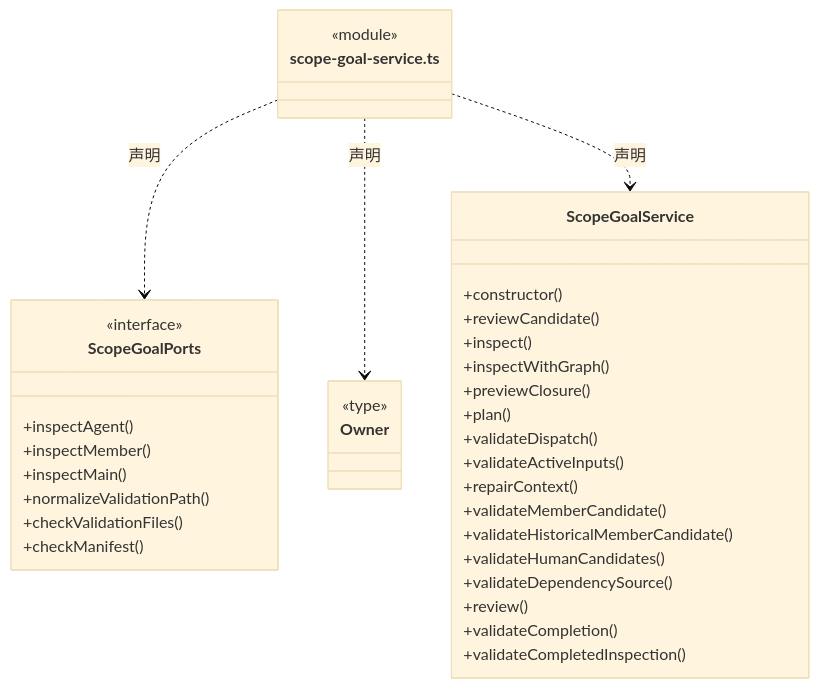
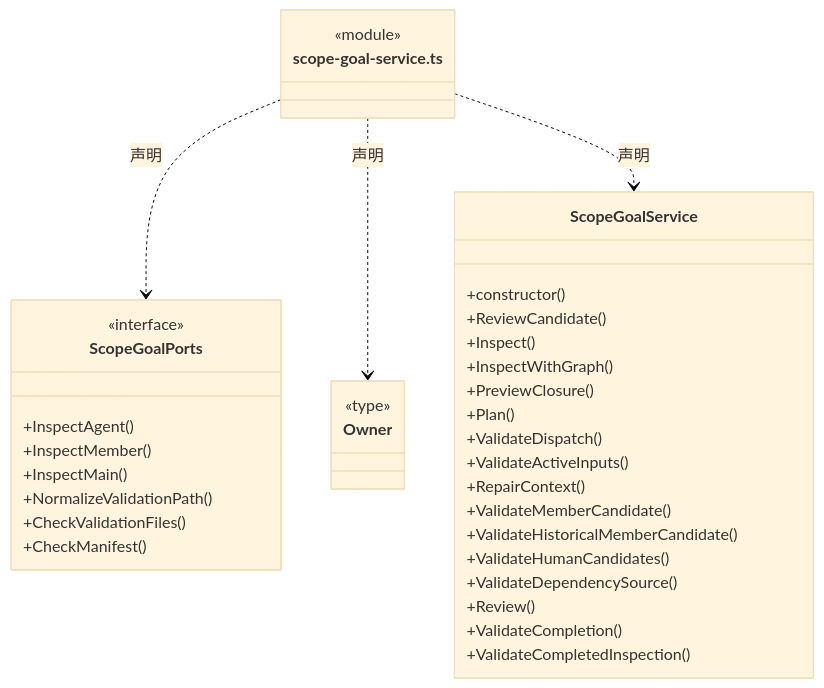
One commit to nan023062/cbim changed diagram 11 of 25 in src/logic/tasks/runtime/ARCHITECTURE.md. Above: the diagram before and after it, drawn with Mermaid (base theme). The commit also changed other lines of this file and 1035 other files, not shown here.

````diff
--- a/src/logic/tasks/runtime/ARCHITECTURE.md
+++ b/src/logic/tasks/runtime/ARCHITECTURE.md
@@ -261,40 +261,40 @@
 ```mermaid
 classDiagram
 class N_src_logic_tasks_runtime_scope_goal_service_ts["scope-goal-service.ts"] {
   <<module>>
 }
 class N_src_logic_tasks_runtime_scope_goal_service_ts_ScopeGoalPorts["ScopeGoalPorts"] {
   <<interface>>
-  +inspectAgent()
-  +inspectMember()
-  +inspectMain()
-  +normalizeValidationPath()
-  +checkValidationFiles()
-  +checkManifest()
+  +InspectAgent()
+  +InspectMember()
+  +InspectMain()
+  +NormalizeValidationPath()
+  +CheckValidationFiles()
+  +CheckManifest()
 }
 N_src_logic_tasks_runtime_scope_goal_service_ts ..> N_src_logic_tasks_runtime_scope_goal_service_ts_ScopeGoalPorts : 声明
 class N_src_logic_tasks_runtime_scope_goal_service_ts_Owner["Owner"] {
   <<type>>
 
 }
 N_src_logic_tasks_runtime_scope_goal_service_ts ..> N_src_logic_tasks_runtime_scope_goal_service_ts_Owner : 声明
 class N_src_logic_tasks_runtime_scope_goal_service_ts_ScopeGoalService["ScopeGoalService"] {
   +constructor()
-  +reviewCandidate()
-  +inspect()
-  +inspectWithGraph()
-  +previewClosure()
-  +plan()
-  +validateDispatch()
-  +validateActiveInputs()
-  +repairContext()
-  +validateMemberCandidate()
-  +validateHistoricalMemberCandidate()
-  +validateHumanCandidates()
-  +validateDependencySource()
-  +review()
-  +validateCompletion()
-  +validateCompletedInspection()
+  +ReviewCandidate()
+  +Inspect()
+  +InspectWithGraph()
+  +PreviewClosure()
+  +Plan()
+  +ValidateDispatch()
+  +ValidateActiveInputs()
+  +RepairContext()
+  +ValidateMemberCandidate()
+  +ValidateHistoricalMemberCandidate()
+  +ValidateHumanCandidates()
+  +ValidateDependencySource()
+  +Review()
+  +ValidateCompletion()
+  +ValidateCompletedInspection()
 }
 N_src_logic_tasks_runtime_scope_goal_service_ts ..> N_src_logic_tasks_runtime_scope_goal_service_ts_ScopeGoalService : 声明
 ```
````
